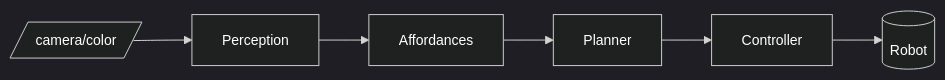
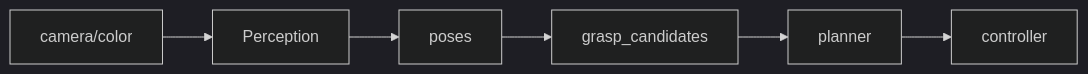
Before and after one commit to aurelius-in/RoboCaps: the first of 2 diagrams in architecture/system_B_RobotManipulation/RobotManipulation_logical.md, drawn with Mermaid. The commit also changed other lines of this file and 13 other files, not shown here.

Commit message:
arch: deepen global/system docs with detailed narratives and diagrams

````diff
--- a/architecture/system_B_RobotManipulation/RobotManipulation_logical.md
+++ b/architecture/system_B_RobotManipulation/RobotManipulation_logical.md
@@ -17,9 +30,9 @@
 ```mermaid
-%%{init: { 'theme': 'dark', 'themeVariables': { 'background':'#000', 'primaryTextColor':'#FFF', 'textColor':'#FFF', 'fontSize':'14px' }}}%%
+%%{init: { 'theme': 'dark', 'themeVariables': { 'background':'#000000', 'primaryTextColor':'#FFFFFF', 'fontSize':'16px' }}}%%
 flowchart LR
-    CAM[/camera/color/] --> PER[Perception]
-    PER --> AFF[Affordances]
-    AFF --> PLAN[Planner]
-    PLAN --> CTRL[Controller]
-    CTRL --> ROBOT[(Robot)]
+    CAM[camera/color] --> PER[Perception]
+    PER --> POSE[poses]
+    POSE --> GRASP[grasp_candidates]
+    GRASP --> PLAN[planner]
+    PLAN --> CTRL[controller]
 ```
````
